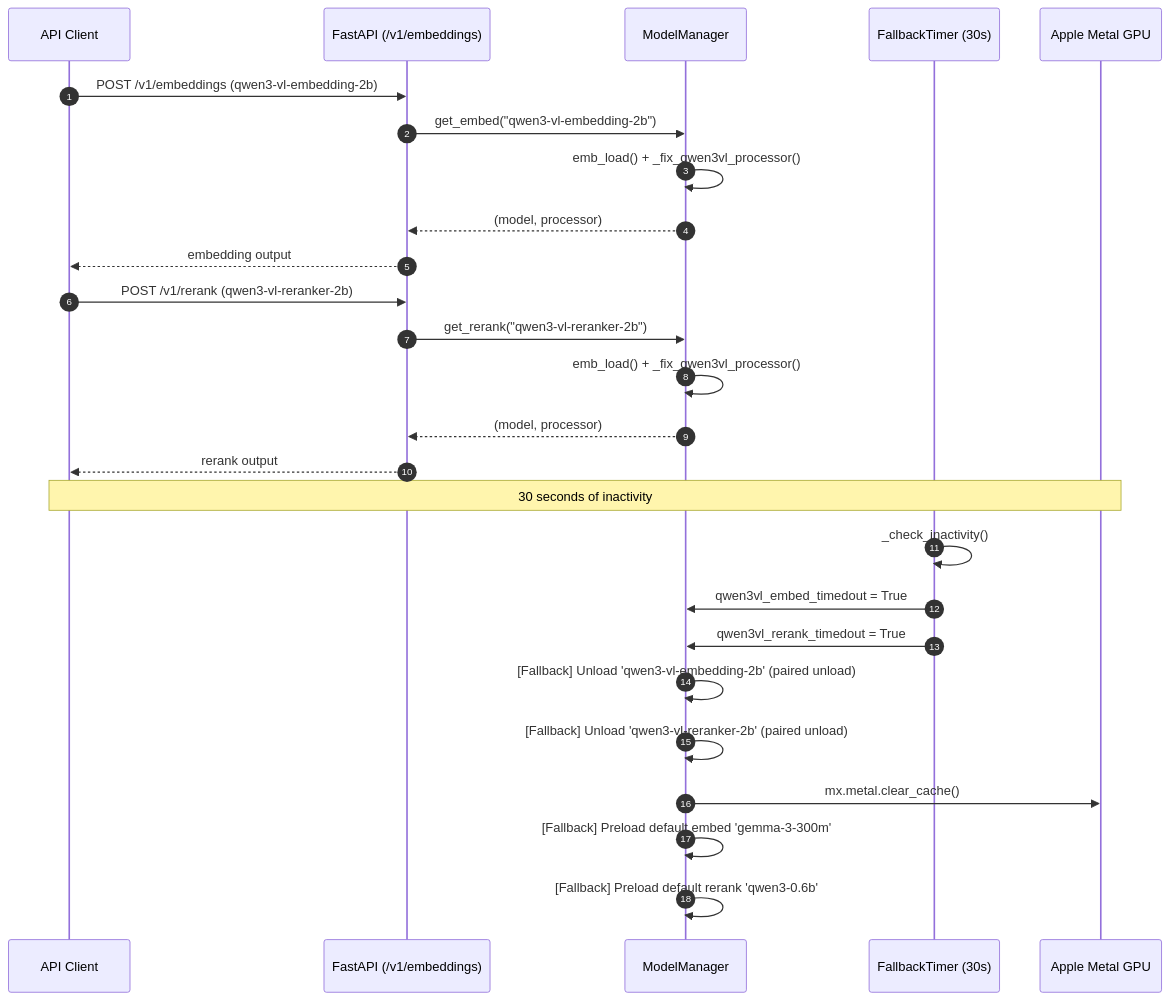
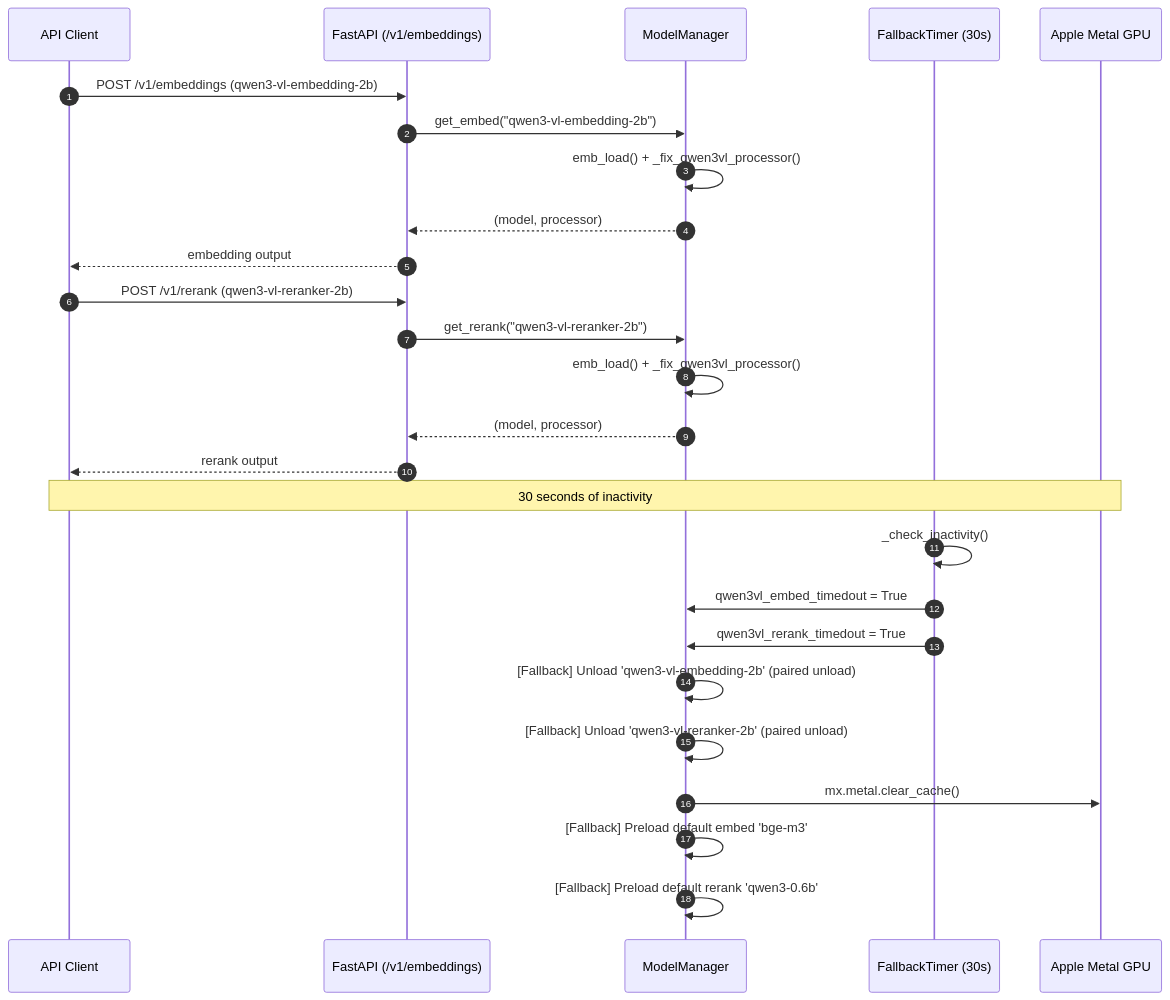
Before and after one commit to norizou/mlx-embed-rerank-server: the second of 2 diagrams in README.md, drawn with Mermaid. The commit also changed other lines of this file and 1 other file, not shown here.

Commit message:
docs: correct default embedding model to bge-m3

````diff
--- a/README.md
+++ b/README.md
@@ -80,33 +80,33 @@
 ```mermaid
 sequenceDiagram
     autonumber
     participant Client as API Client
     participant API as FastAPI (/v1/embeddings)
     participant MM as ModelManager
     participant Timer as FallbackTimer (30s)
     participant GPU as Apple Metal GPU
 
     Client->>API: POST /v1/embeddings (qwen3-vl-embedding-2b)
     API->>MM: get_embed("qwen3-vl-embedding-2b")
     MM->>MM: emb_load() + _fix_qwen3vl_processor()
     MM-->>API: (model, processor)
     API-->>Client: embedding output
 
     Client->>API: POST /v1/rerank (qwen3-vl-reranker-2b)
     API->>MM: get_rerank("qwen3-vl-reranker-2b")
     MM->>MM: emb_load() + _fix_qwen3vl_processor()
     MM-->>API: (model, processor)
     API-->>Client: rerank output
 
     Note over Client,GPU: 30 seconds of inactivity
 
     Timer->>Timer: _check_inactivity()
     Timer->>MM: qwen3vl_embed_timedout = True
     Timer->>MM: qwen3vl_rerank_timedout = True
 
     MM->>MM: [Fallback] Unload 'qwen3-vl-embedding-2b' (paired unload)
     MM->>MM: [Fallback] Unload 'qwen3-vl-reranker-2b' (paired unload)
     MM->>GPU: mx.metal.clear_cache()
-    MM->>MM: [Fallback] Preload default embed 'gemma-3-300m'
+    MM->>MM: [Fallback] Preload default embed 'bge-m3'
     MM->>MM: [Fallback] Preload default rerank 'qwen3-0.6b'
 ```
````
